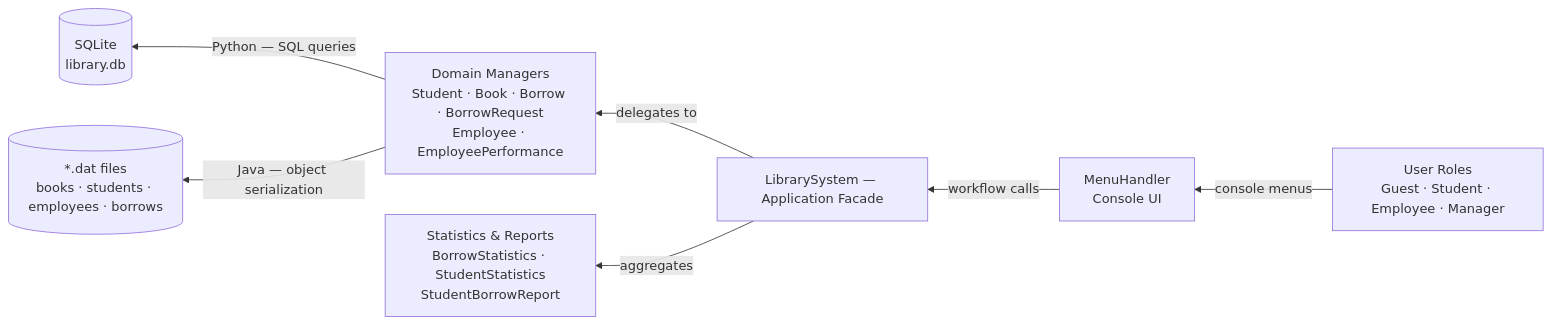
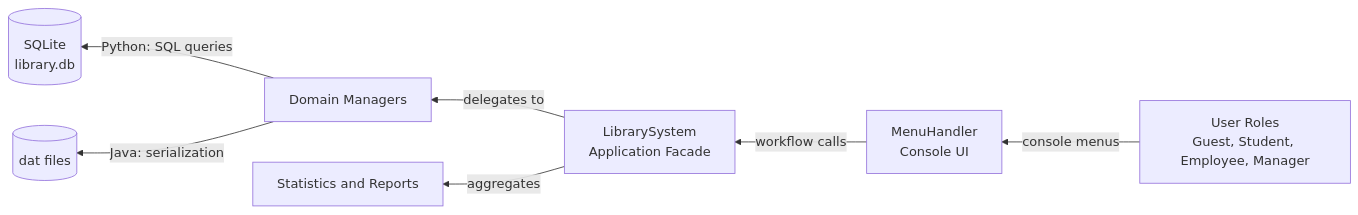
One commit to ArianShayestehfard/SE changed the diagram in README.md. Above: the diagram before and after it, drawn with Mermaid. The commit also changed other lines of this file, not shown here.

````diff
--- a/README.md
+++ b/README.md
@@ -88,9 +177,9 @@
 ```mermaid
 flowchart RL
-    ROLES["User Roles<br/>Guest · Student · Employee · Manager"] -->|"console menus"| UI["MenuHandler<br/>Console UI"]
-    UI -->|"workflow calls"| SYS["LibrarySystem — Application Facade"]
-    SYS -->|"delegates to"| MGR["Domain Managers<br/>Student · Book · Borrow · BorrowRequest<br/>Employee · EmployeePerformance"]
-    MGR -->|"Python — SQL queries"| DB[("SQLite<br/>library.db")]
-    MGR -->|"Java — object serialization"| DAT[("*.dat files<br/>books · students · employees · borrows")]
-    SYS -->|"aggregates"| STATS["Statistics & Reports<br/>BorrowStatistics · StudentStatistics<br/>StudentBorrowReport"]
+    ROLES["User Roles<br/>Guest, Student, Employee, Manager"] -->|"console menus"| UI["MenuHandler<br/>Console UI"]
+    UI -->|"workflow calls"| SYS["LibrarySystem<br/>Application Facade"]
+    SYS -->|"delegates to"| MGR["Domain Managers"]
+    MGR -->|"Python: SQL queries"| DB[("SQLite<br/>library.db")]
+    MGR -->|"Java: serialization"| DAT[("dat files")]
+    SYS -->|"aggregates"| STATS["Statistics and Reports"]
 ```
````
